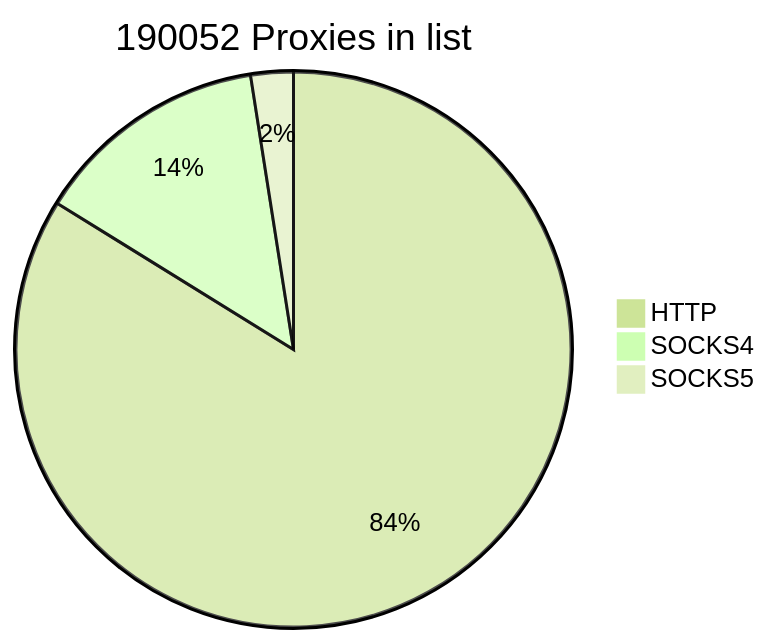
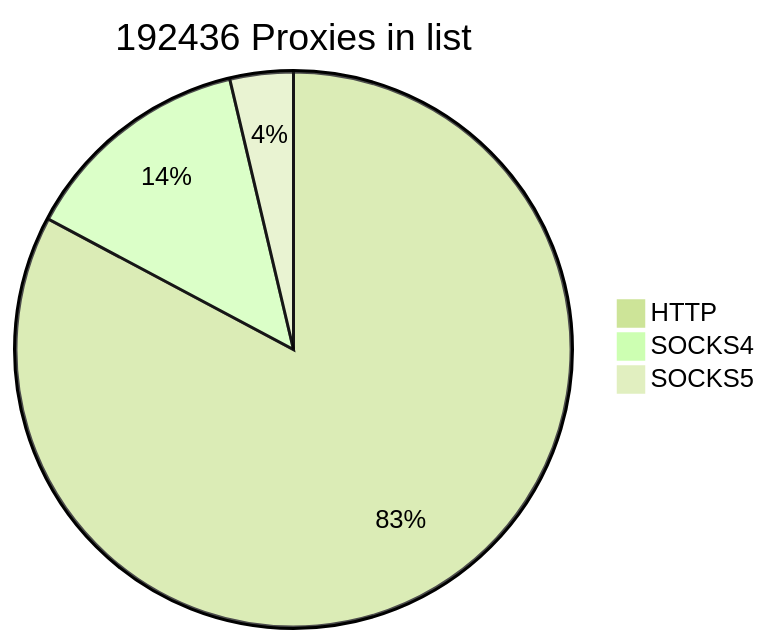
Before and after one commit to cutipu/proxylist: the first of 2 diagrams in README.md, drawn with Mermaid (forest theme). The commit also changed other lines of this file, not shown here.

````diff
--- a/README.md
+++ b/README.md
@@ -2,7 +2,7 @@
 ```mermaid
-pie title 190052 Proxies in list
-    "HTTP" : 159302
+pie title 192436 Proxies in list
+    "HTTP" : 159301
     "SOCKS4" : 26044
-    "SOCKS5" : 4706
+    "SOCKS5" : 7091
             
 ```
````
